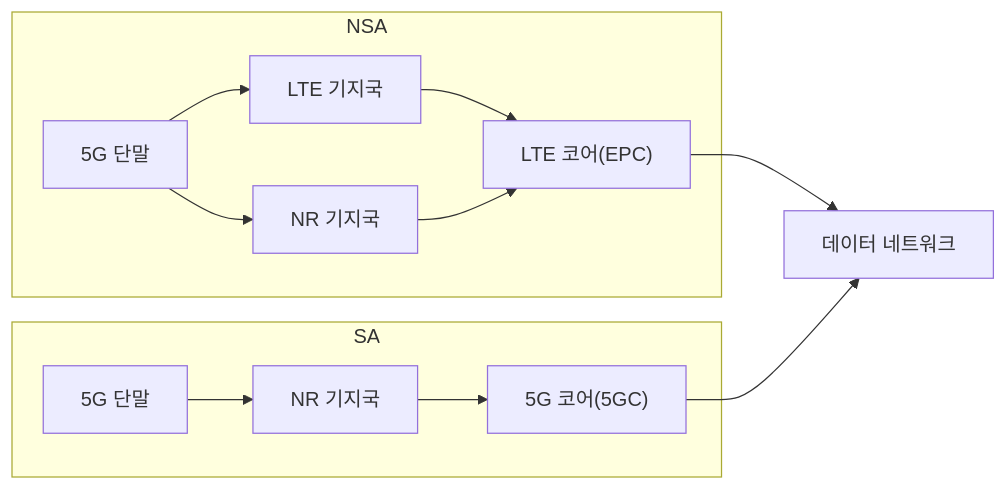
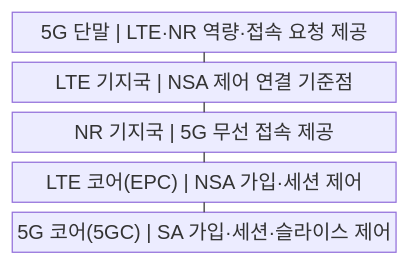
Before and after one commit to agnusdei1207/knowledge-base: the first of 2 diagrams in src/content/docs/notes/04-network/037_5g_sa_nsa.md, drawn with Mermaid. The commit also changed other lines of this file and 20 other files, not shown here.

````diff
--- a/src/content/docs/notes/04-network/037_5g_sa_nsa.md
+++ b/src/content/docs/notes/04-network/037_5g_sa_nsa.md
@@ -52,15 +52,13 @@
 ```mermaid
-flowchart LR
-  subgraph N["NSA"]
-    U1["5G 단말"] --> L["LTE 기지국"]
-    U1 --> G1["NR 기지국"]
-    L --> E["LTE 코어(EPC)"]
-    G1 --> E
-  end
-  subgraph S["SA"]
-    U2["5G 단말"] --> G2["NR 기지국"]
-    G2 --> C["5G 코어(5GC)"]
-  end
-  E --> D["데이터 네트워크"]
-  C --> D
+block
+    columns 1
+    A["5G 단말 | LTE·NR 역량·접속 요청 제공"]
+    B["LTE 기지국 | NSA 제어 연결 기준점"]
+    C["NR 기지국 | 5G 무선 접속 제공"]
+    D["LTE 코어(EPC) | NSA 가입·세션 제어"]
+    E["5G 코어(5GC) | SA 가입·세션·슬라이스 제어"]
+    A --- B
+    B --- C
+    C --- D
+    D --- E
 ```
````
